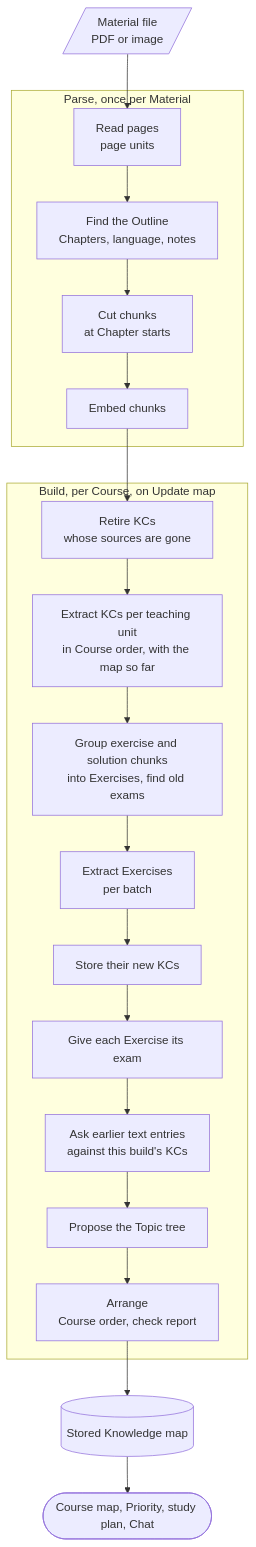
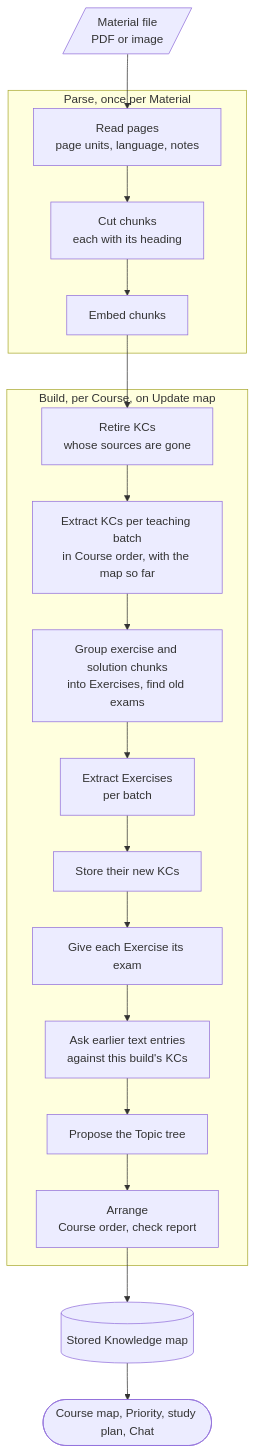
The first of 2 diagrams in docs/features/knowledge-map.md (florianportscher/project-mastery), drawn with Mermaid before and after one commit. The commit also changed other lines of this file and 110 other files, not shown here.

First line of the commit message:
feat: Topic tree from KCs, parse without Outline (#365)

````diff
--- a/docs/features/knowledge-map.md
+++ b/docs/features/knowledge-map.md
@@ -30,30 +30,29 @@
 ```mermaid
 flowchart TD
   file[/"Material file<br/>PDF or image"/]
 
   subgraph parse ["Parse, once per Material"]
-    pages["Read pages<br/>page units"]
-    outline["Find the Outline<br/>Chapters, language, notes"]
-    chunks["Cut chunks<br/>at Chapter starts"]
+    pages["Read pages<br/>page units, language, notes"]
+    chunks["Cut chunks<br/>each with its heading"]
     embed["Embed chunks"]
-    pages --> outline --> chunks --> embed
+    pages --> chunks --> embed
   end
 
   subgraph build ["Build, per Course, on Update map"]
     retire["Retire KCs<br/>whose sources are gone"]
-    extract["Extract KCs per teaching unit<br/>in Course order, with the map so far"]
+    extract["Extract KCs per teaching batch<br/>in Course order, with the map so far"]
     group["Group exercise and solution chunks<br/>into Exercises, find old exams"]
     exercises["Extract Exercises<br/>per batch"]
     store2["Store their new KCs"]
     exams["Give each Exercise its exam"]
     assume["Ask earlier text entries<br/>against this build's KCs"]
     tree["Propose the Topic tree"]
     arrange["Arrange<br/>Course order, check report"]
     retire --> extract --> group --> exercises --> store2 --> exams --> assume --> tree --> arrange
   end
 
   file --> pages
   embed --> retire
   arrange --> map[("Stored Knowledge map")]
   map --> tutoring(["Course map, Priority, study plan, Chat"])
 ```
````
